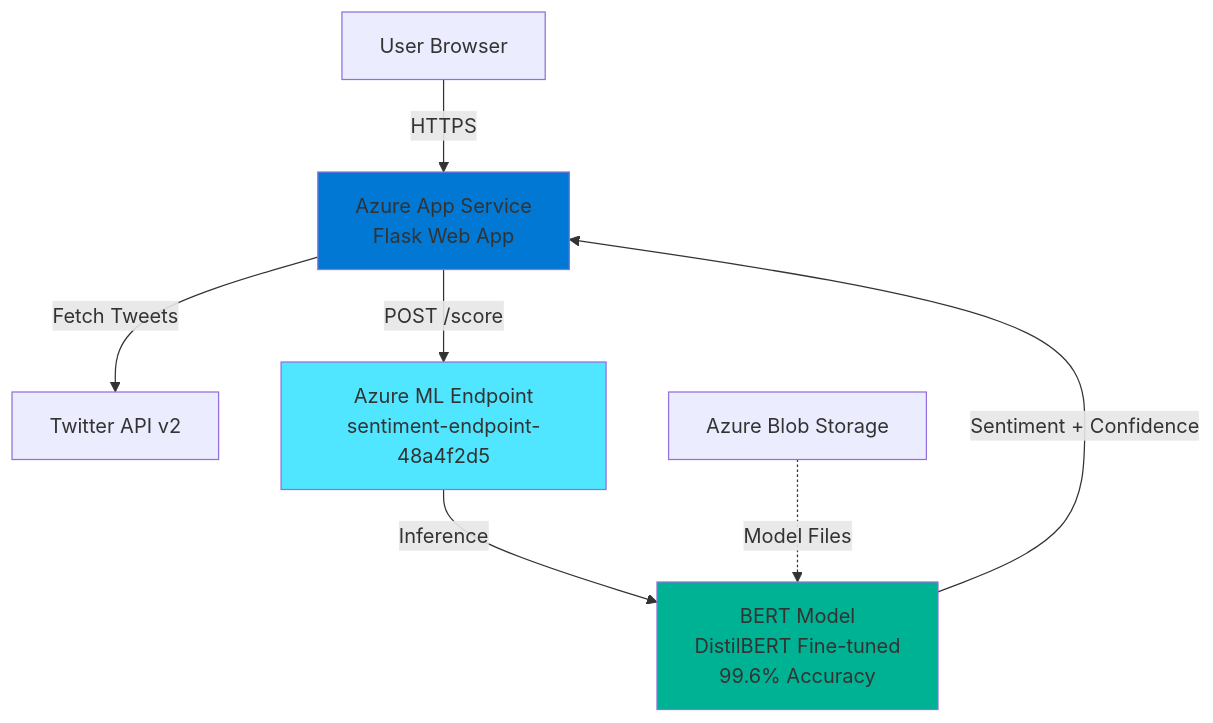
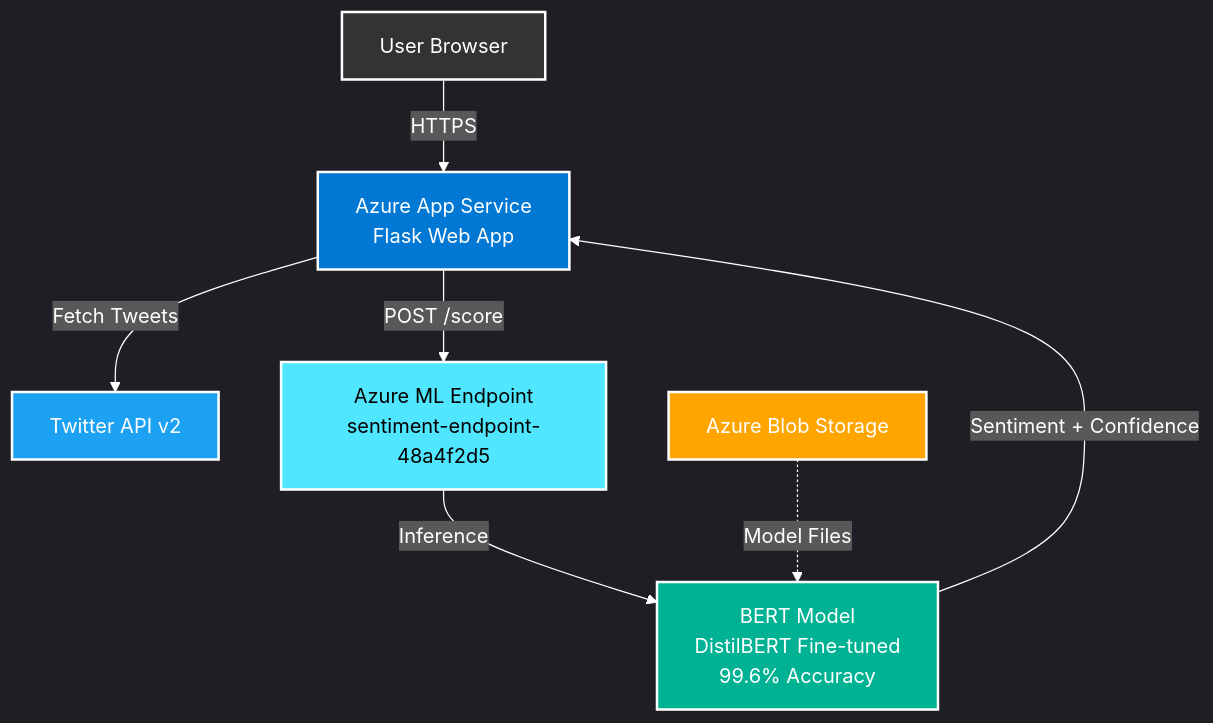
One commit to sahilcmd3/twitter-sentiment-analyzer-azureml changed the diagram in README.md. Above: the diagram before and after it, drawn with Mermaid.

Commit message:
readme updates

````diff
--- a/README.md
+++ b/README.md
@@ -22,13 +22,17 @@
 ```mermaid
+%%{init: {'theme':'dark', 'themeVariables': { 'primaryColor':'#0078d4', 'primaryTextColor':'#fff', 'primaryBorderColor':'#fff', 'lineColor':'#fff', 'secondaryColor':'#50e6ff', 'tertiaryColor':'#00b294', 'textColor':'#fff', 'fontSize':'16px'}}}%%
 graph TB
     User[User Browser] -->|HTTPS| WebApp[Azure App Service<br/>Flask Web App]
     WebApp -->|Fetch Tweets| Twitter[Twitter API v2]
     WebApp -->|POST /score| MLEndpoint[Azure ML Endpoint<br/>sentiment-endpoint-48a4f2d5]
     MLEndpoint -->|Inference| BERT[BERT Model<br/>DistilBERT Fine-tuned<br/>99.6% Accuracy]
     BERT -->|Sentiment + Confidence| WebApp
     BlobStorage[Azure Blob Storage] -.->|Model Files| BERT
     
-    style WebApp fill:#0078d4
-    style MLEndpoint fill:#50e6ff
-    style BERT fill:#00b294
+    style WebApp fill:#0078d4,stroke:#fff,stroke-width:2px,color:#fff
+    style MLEndpoint fill:#50e6ff,stroke:#fff,stroke-width:2px,color:#000
+    style BERT fill:#00b294,stroke:#fff,stroke-width:2px,color:#fff
+    style User fill:#333,stroke:#fff,stroke-width:2px,color:#fff
+    style Twitter fill:#1da1f2,stroke:#fff,stroke-width:2px,color:#fff
+    style BlobStorage fill:#ffa500,stroke:#fff,stroke-width:2px,color:#fff
 ```
````
